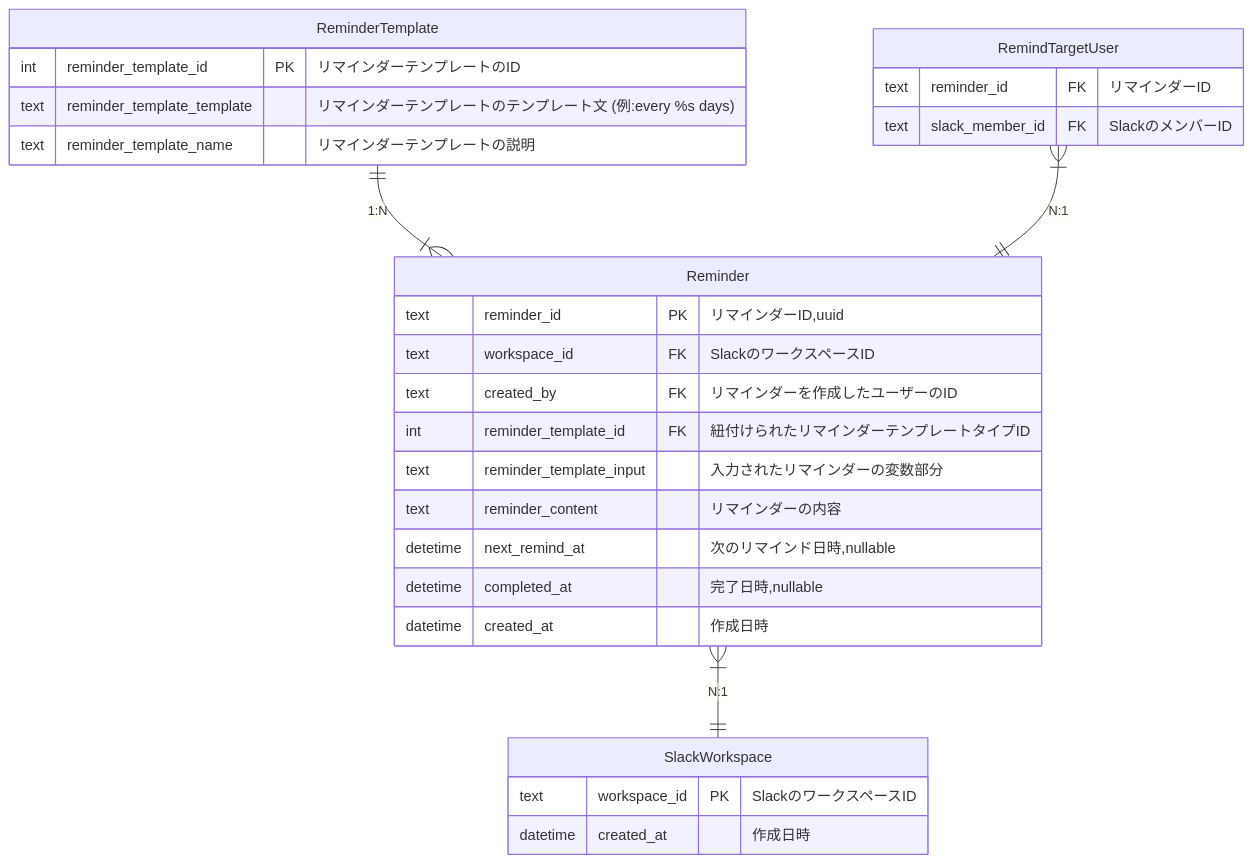
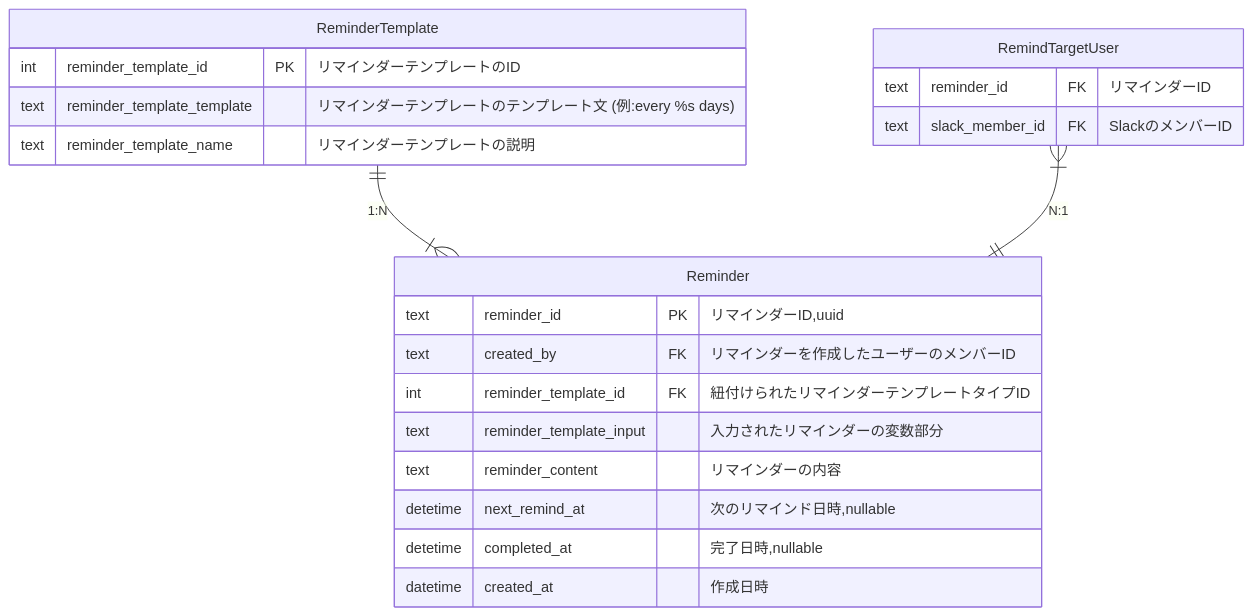
One commit to junseinagao/praha-challenge changed the diagram in データベース設計/DBモデリング4/README.md. Above: the diagram before and after it, drawn with Mermaid. The commit also changed other lines of this file, not shown here.

Commit message:
[DBモデリング4] member_idはglobalにuniqueなのでworkspace_idを削りました。

````diff
--- a/データベース設計/DBモデリング4/README.md
+++ b/データベース設計/DBモデリング4/README.md
@@ -22,39 +22,29 @@
 ```mermaid
 erDiagram
 
 Reminder {
   text reminder_id PK "リマインダーID,uuid"
-  text workspace_id FK "SlackのワークスペースID"
-  text created_by FK "リマインダーを作成したユーザーのID"
+  text created_by FK "リマインダーを作成したユーザーのメンバーID"
   int  reminder_template_id FK "紐付けられたリマインダーテンプレートタイプID"
   text reminder_template_input "入力されたリマインダーの変数部分"
   text reminder_content "リマインダーの内容"
   detetime next_remind_at "次のリマインド日時,nullable"
   detetime completed_at "完了日時,nullable"
   datetime created_at "作成日時"
 }
 
 ReminderTemplate ||--|{ Reminder : "1:N"
 
 ReminderTemplate {
   int reminder_template_id PK "リマインダーテンプレートのID"
   text reminder_template_template "リマインダーテンプレートのテンプレート文 (例:every %s days)"
   text reminder_template_name "リマインダーテンプレートの説明"
 }
 
 RemindTargetUser {
   text reminder_id FK "リマインダーID"
   text slack_member_id FK "SlackのメンバーID"
 }
 
 RemindTargetUser }|--|| Reminder : "N:1"
-
-Reminder }|--|| SlackWorkspace : "N:1"
-
-SlackWorkspace {
-  text workspace_id PK "SlackのワークスペースID"
-  datetime created_at "作成日時"
-}
-
-
 ```
````
